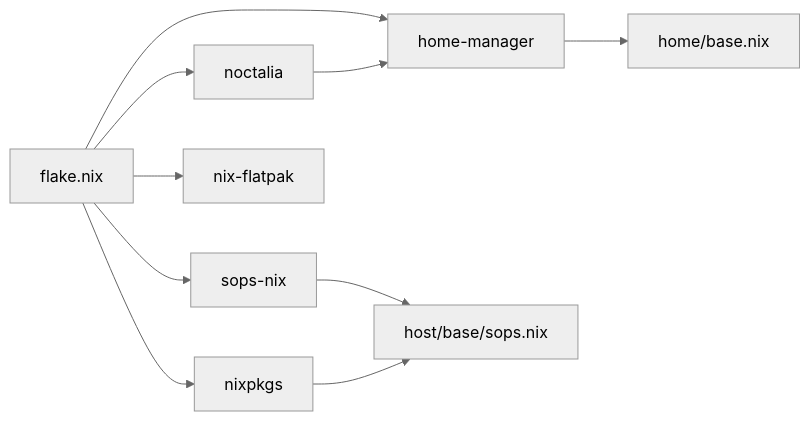
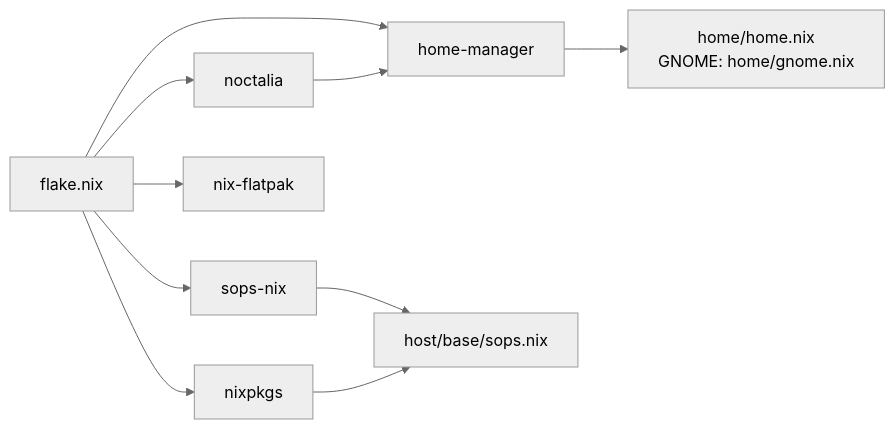
The third of 3 diagrams in wiki/architecture/index.md (Shangshui0302/myNixOSConfig), drawn with Mermaid (neutral theme) before and after one commit. The commit also changed other lines of this file and 2 other files, not shown here.

Commit message:
docs(architecture): align module graphs with current entry points

````diff
--- a/wiki/architecture/index.md
+++ b/wiki/architecture/index.md
@@ -100,12 +108,12 @@
 ```mermaid
 graph LR
 FL["flake.nix"] --> HM["home-manager"]
 FL --> NC["noctalia"]
 FL --> SN["sops-nix"]
 FL --> NF["nix-flatpak"]
 FL --> NP["nixpkgs"]
-HM --> HOME["home/base.nix"]
+HM --> HOME["home/home.nix<br/>GNOME: home/gnome.nix"]
 SN --> HOST["host/base/sops.nix"]
 NC --> HM
 NP --> HOST
 ```
````
